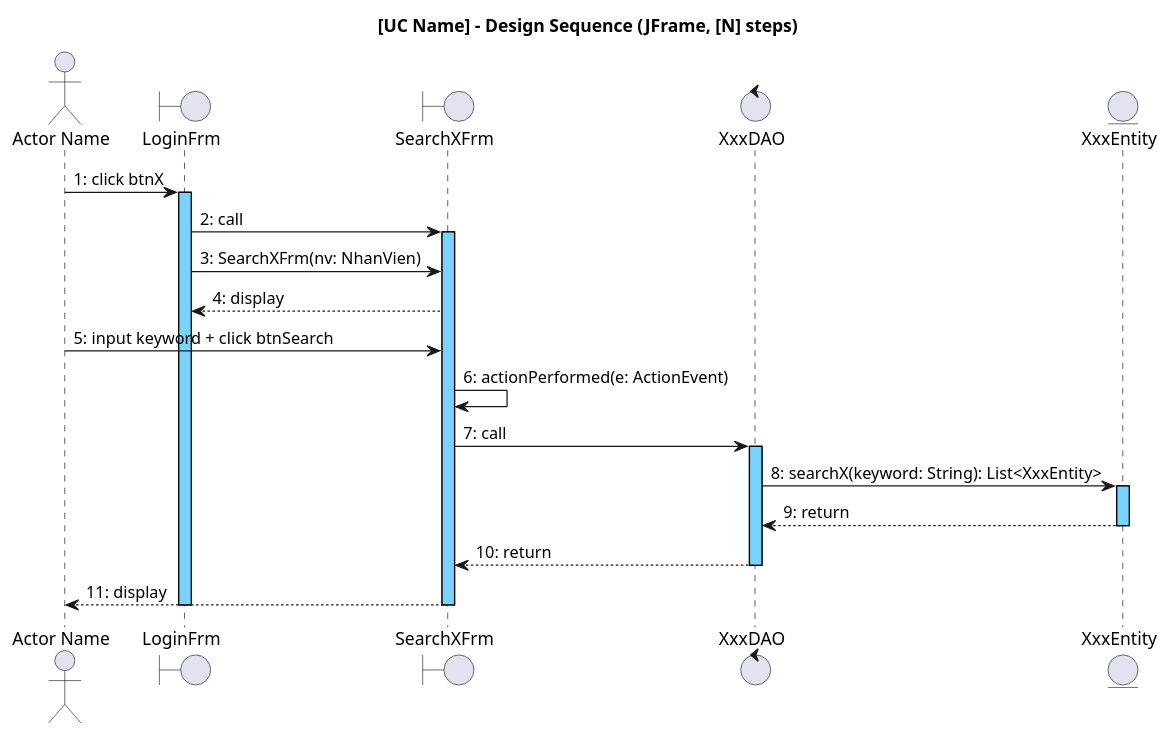
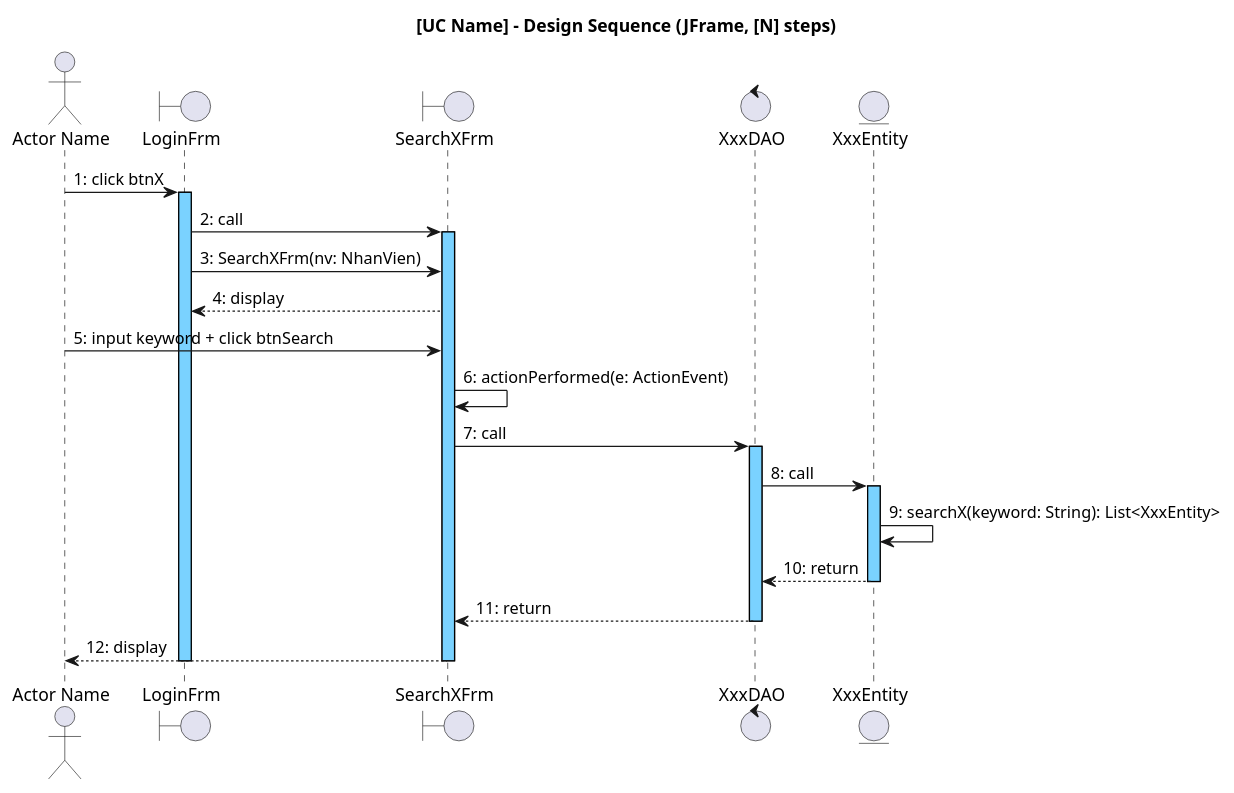
The first of 2 diagrams in .claude/skills/cnpm/references/iii.4_tuantu_thietke.md (thanhtrnnn/cnpm), drawn with PlantUML before and after one commit. The commit also changed other lines of this file and 4 other files, not shown here.

````diff
--- a/.claude/skills/cnpm/references/iii.4_tuantu_thietke.md
+++ b/.claude/skills/cnpm/references/iii.4_tuantu_thietke.md
@@ -75,36 +77,37 @@
 ```plantuml
 @startuml
 skinparam shadowing false
 skinparam SequenceMessageAlign left
 skinparam SequenceLifeLineBackgroundColor #7AD2FF
 skinparam SequenceLifeLineBorderColor #000000
 
 title [UC Name] – Design Sequence (JFrame, [N] steps)
 
 actor "Actor Name" as Actor
 boundary LoginFrm
 boundary SearchXFrm
 control XxxDAO
 entity XxxEntity
 
 Actor -> LoginFrm : 1: click btnX
 activate LoginFrm
 LoginFrm -> SearchXFrm : 2: call
 activate SearchXFrm
 LoginFrm -> SearchXFrm : 3: SearchXFrm(nv: NhanVien)
 SearchXFrm --> LoginFrm : 4: display
 Actor -> SearchXFrm : 5: input keyword + click btnSearch
 SearchXFrm -> SearchXFrm : 6: actionPerformed(e: ActionEvent)
 SearchXFrm -> XxxDAO : 7: call
 activate XxxDAO
-XxxDAO -> XxxEntity : 8: searchX(keyword: String): List<XxxEntity>
+XxxDAO -> XxxEntity : 8: call
 activate XxxEntity
-XxxEntity --> XxxDAO : 9: return
+XxxEntity -> XxxEntity : 9: searchX(keyword: String): List<XxxEntity>
+XxxEntity --> XxxDAO : 10: return
 deactivate XxxEntity
-XxxDAO --> SearchXFrm : 10: return
+XxxDAO --> SearchXFrm : 11: return
 deactivate XxxDAO
-SearchXFrm --> Actor : 11: display
+SearchXFrm --> Actor : 12: display
 deactivate SearchXFrm
 deactivate LoginFrm
 @enduml
 ```
````
